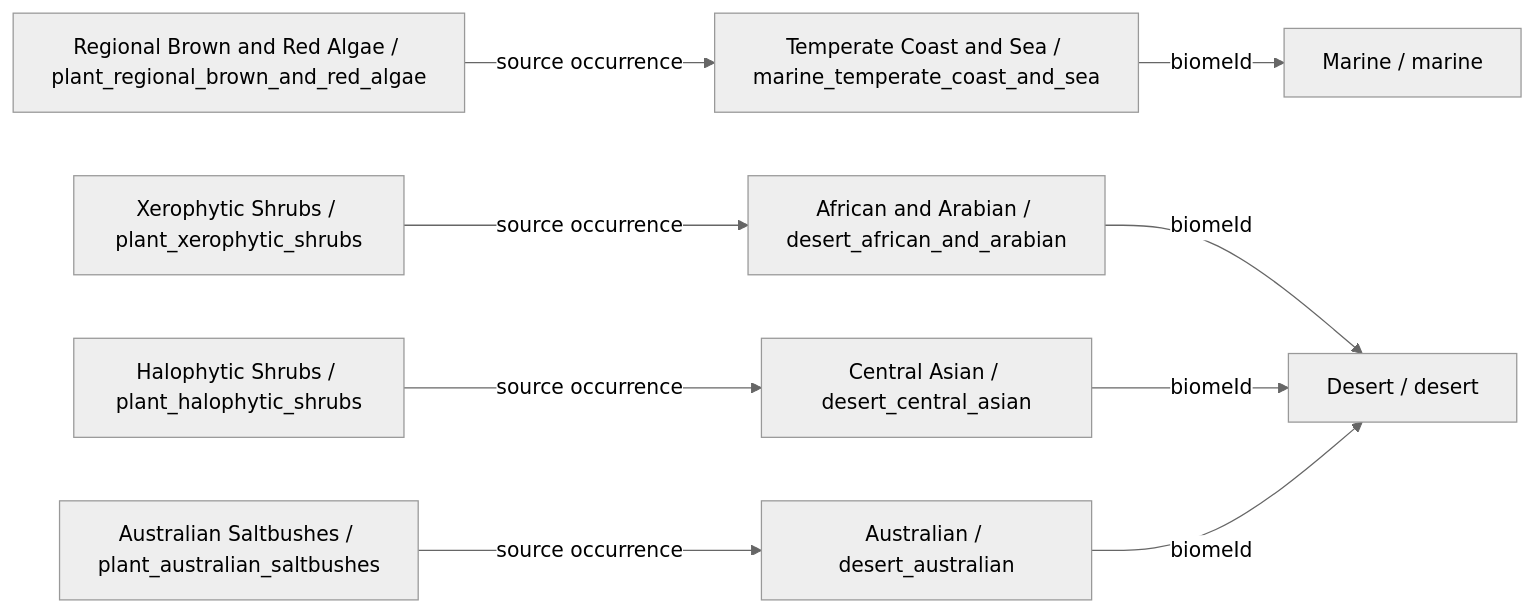
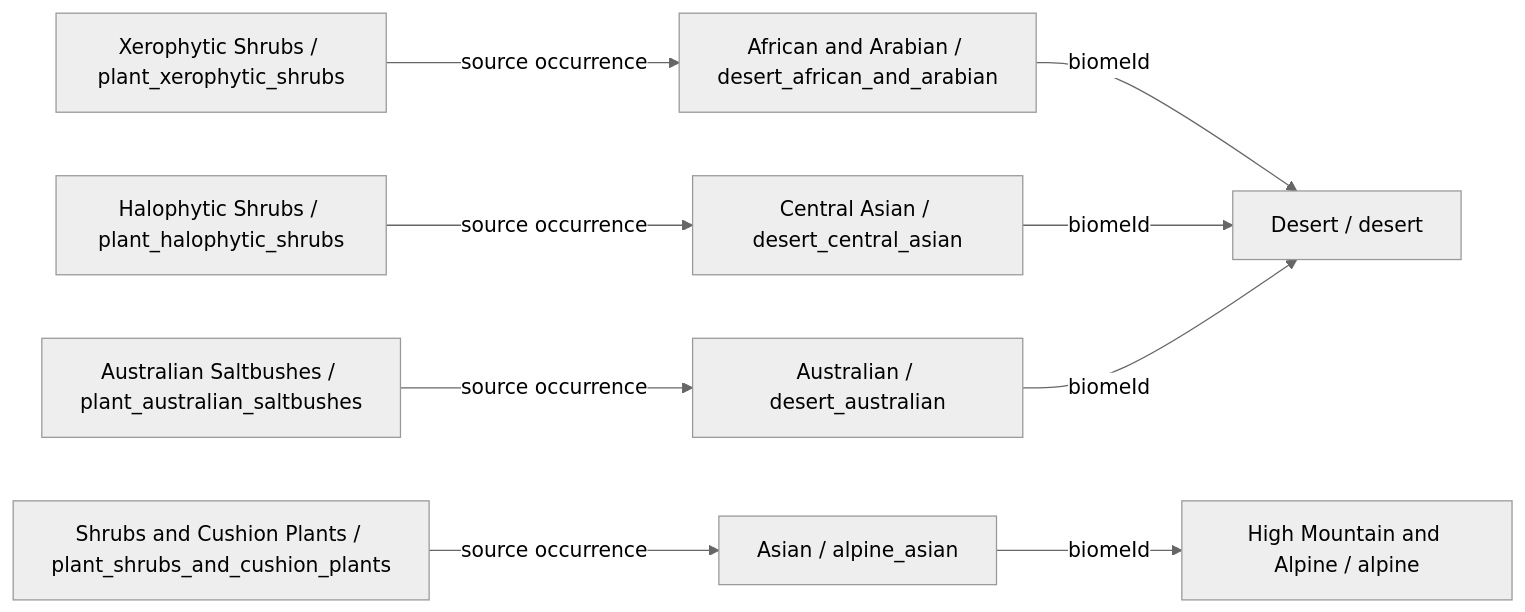
One commit to fgabo404/EvolveDoc changed the third of 34 diagrams in data/plants/DIAGRAMS.md. Above: the diagram before and after it, drawn with Mermaid (neutral theme). The commit also changed other lines of this file and 59 other files, not shown here.

````diff
--- a/data/plants/DIAGRAMS.md
+++ b/data/plants/DIAGRAMS.md
@@ -229,21 +200,21 @@
 ```mermaid
 flowchart LR
-    c0["Regional Brown and Red Algae / plant_regional_brown_and_red_algae"]
-    v20["Temperate Coast and Sea / marine_temperate_coast_and_sea"]
-    b5["Marine / marine"]
-    c1["Halophytic Shrubs / plant_halophytic_shrubs"]
+    c0["Halophytic Shrubs / plant_halophytic_shrubs"]
     v17["Central Asian / desert_central_asian"]
     b4["Desert / desert"]
-    c2["Australian Saltbushes / plant_australian_saltbushes"]
+    c1["Australian Saltbushes / plant_australian_saltbushes"]
     v18["Australian / desert_australian"]
-    c3["Xerophytic Shrubs / plant_xerophytic_shrubs"]
+    c2["Xerophytic Shrubs / plant_xerophytic_shrubs"]
     v16["African and Arabian / desert_african_and_arabian"]
-    c0 -->|source occurrence| v20
-    c1 -->|source occurrence| v17
-    c2 -->|source occurrence| v18
-    c3 -->|source occurrence| v16
+    c3["Shrubs and Cushion Plants / plant_shrubs_and_cushion_plants"]
+    v24["Asian / alpine_asian"]
+    b6["High Mountain and Alpine / alpine"]
+    c0 -->|source occurrence| v17
+    c1 -->|source occurrence| v18
+    c2 -->|source occurrence| v16
+    c3 -->|source occurrence| v24
     v16 -->|biomeId| b4
     v17 -->|biomeId| b4
     v18 -->|biomeId| b4
-    v20 -->|biomeId| b5
+    v24 -->|biomeId| b6
 ```
````
